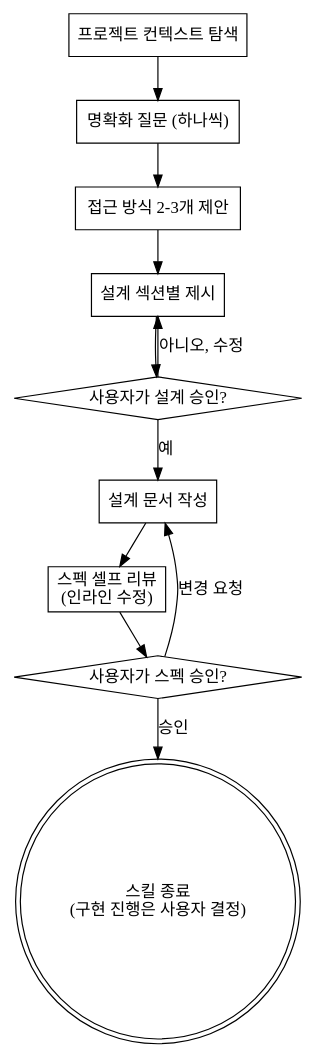
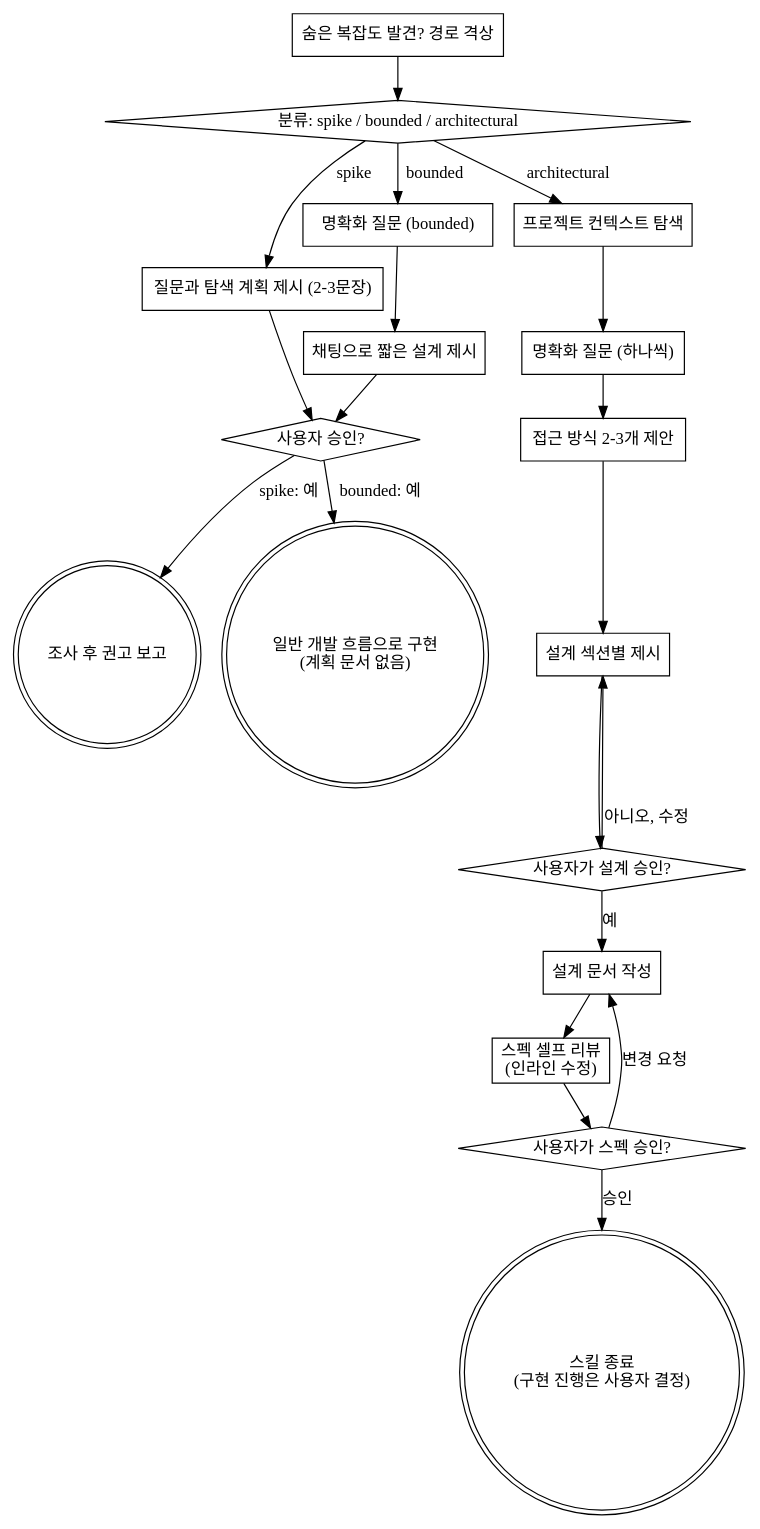
The diagram in plugins/woozo/skills/brainstorming/SKILL.md (woozo0127/woozo-personal), drawn with Graphviz before and after one commit. The commit also changed other lines of this file and 14 other files, not shown here.

````diff
--- a/plugins/woozo/skills/brainstorming/SKILL.md
+++ b/plugins/woozo/skills/brainstorming/SKILL.md
@@ -30,24 +87,41 @@
 ```dot
 digraph brainstorming {
+    "분류: spike / bounded / architectural" [shape=diamond];
+    "질문과 탐색 계획 제시 (2-3문장)" [shape=box];
+    "명확화 질문 (bounded)" [shape=box];
+    "채팅으로 짧은 설계 제시" [shape=box];
+    "사용자 승인?" [shape=diamond];
+    "조사 후 권고 보고" [shape=doublecircle];
+    "일반 개발 흐름으로 구현\n(계획 문서 없음)" [shape=doublecircle];
     "프로젝트 컨텍스트 탐색" [shape=box];
     "명확화 질문 (하나씩)" [shape=box];
     "접근 방식 2-3개 제안" [shape=box];
     "설계 섹션별 제시" [shape=box];
     "사용자가 설계 승인?" [shape=diamond];
     "설계 문서 작성" [shape=box];
     "스펙 셀프 리뷰\n(인라인 수정)" [shape=box];
     "사용자가 스펙 승인?" [shape=diamond];
     "스킬 종료\n(구현 진행은 사용자 결정)" [shape=doublecircle];
+    "숨은 복잡도 발견? 경로 격상" [shape=box];
 
+    "분류: spike / bounded / architectural" -> "질문과 탐색 계획 제시 (2-3문장)" [label="spike"];
+    "분류: spike / bounded / architectural" -> "명확화 질문 (bounded)" [label="bounded"];
+    "분류: spike / bounded / architectural" -> "프로젝트 컨텍스트 탐색" [label="architectural"];
+    "질문과 탐색 계획 제시 (2-3문장)" -> "사용자 승인?";
+    "명확화 질문 (bounded)" -> "채팅으로 짧은 설계 제시";
+    "채팅으로 짧은 설계 제시" -> "사용자 승인?";
+    "사용자 승인?" -> "조사 후 권고 보고" [label="spike: 예"];
+    "사용자 승인?" -> "일반 개발 흐름으로 구현\n(계획 문서 없음)" [label="bounded: 예"];
+    "숨은 복잡도 발견? 경로 격상" -> "분류: spike / bounded / architectural";
     "프로젝트 컨텍스트 탐색" -> "명확화 질문 (하나씩)";
     "명확화 질문 (하나씩)" -> "접근 방식 2-3개 제안";
     "접근 방식 2-3개 제안" -> "설계 섹션별 제시";
     "설계 섹션별 제시" -> "사용자가 설계 승인?";
     "사용자가 설계 승인?" -> "설계 섹션별 제시" [label="아니오, 수정"];
     "사용자가 설계 승인?" -> "설계 문서 작성" [label="예"];
     "설계 문서 작성" -> "스펙 셀프 리뷰\n(인라인 수정)";
     "스펙 셀프 리뷰\n(인라인 수정)" -> "사용자가 스펙 승인?";
     "사용자가 스펙 승인?" -> "설계 문서 작성" [label="변경 요청"];
     "사용자가 스펙 승인?" -> "스킬 종료\n(구현 진행은 사용자 결정)" [label="승인"];
 }
 ```
````
